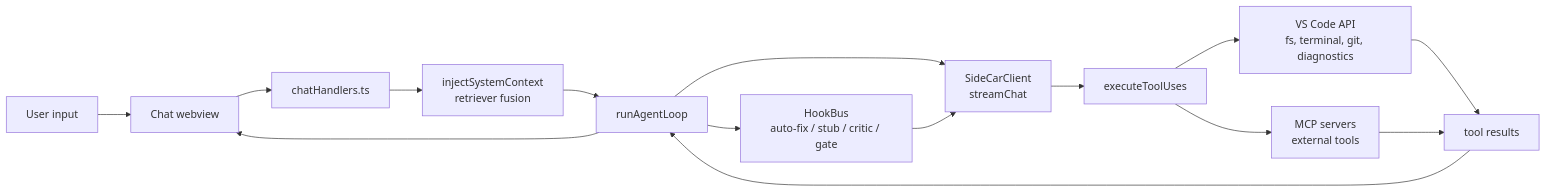
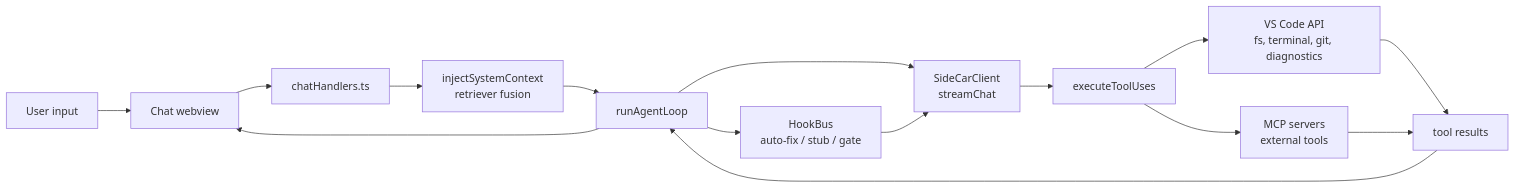
Before and after one commit to nedonatelli/sidecar: the diagram in docs/architecture.md, drawn with Mermaid. The commit also changed other lines of this file and 52 other files, not shown here.

````diff
--- a/docs/architecture.md
+++ b/docs/architecture.md
@@ -99,17 +99,17 @@
 ```mermaid
 flowchart LR
     User[User input] --> Webview[Chat webview]
     Webview --> Handlers[chatHandlers.ts]
     Handlers --> Inject[injectSystemContext<br/>retriever fusion]
     Inject --> Loop[runAgentLoop]
     Loop --> LLM[SideCarClient<br/>streamChat]
     LLM --> Exec[executeToolUses]
     Exec --> VS[VS Code API<br/>fs, terminal, git, diagnostics]
     Exec --> MCP[MCP servers<br/>external tools]
     VS --> Results[tool results]
     MCP --> Results
     Results --> Loop
-    Loop --> Hooks[HookBus<br/>auto-fix / stub / critic / gate]
+    Loop --> Hooks[HookBus<br/>auto-fix / stub / gate]
     Hooks --> LLM
     Loop --> Webview
 ```
````
